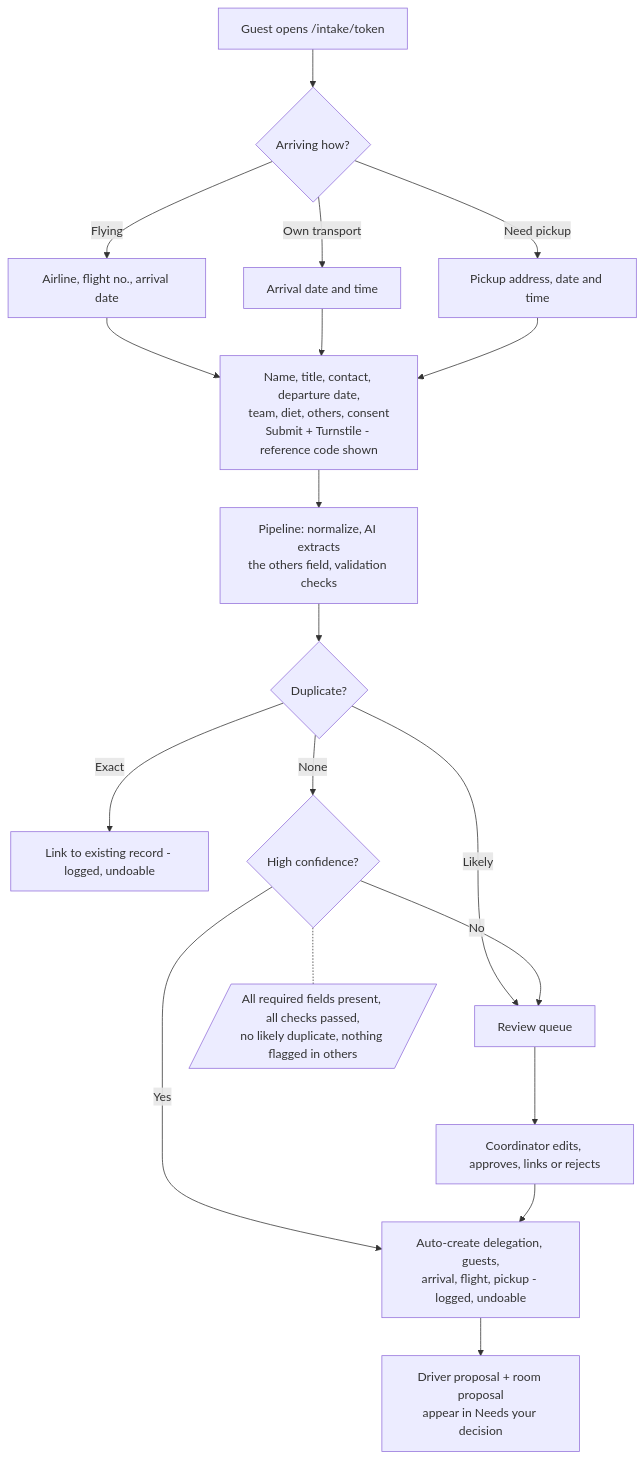
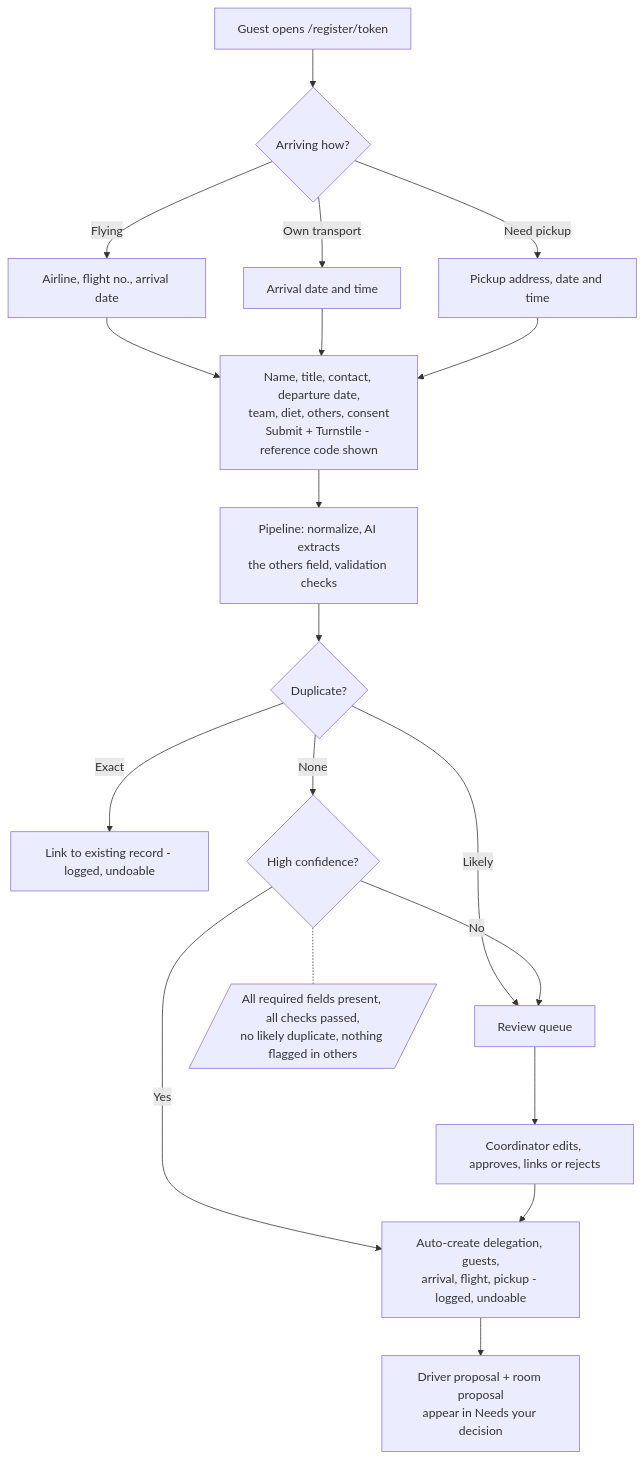
Before and after one commit to tallZacchaeus/hostmark-vip-gcs: the second of 11 diagrams in docs/03-App-Flow.md, drawn with Mermaid. The commit also changed other lines of this file and 147 other files, not shown here.

````diff
--- a/docs/03-App-Flow.md
+++ b/docs/03-App-Flow.md
@@ -111,19 +100,19 @@
 ```mermaid
 flowchart TD
-  A[Guest opens /intake/token] --> B{Arriving how?}
+  A[Guest opens /register/token] --> B{Arriving how?}
   B -->|Flying| B1[Airline, flight no., arrival date]
   B -->|Own transport| B2[Arrival date and time]
   B -->|Need pickup| B3[Pickup address, date and time]
   B1 & B2 & B3 --> C[Name, title, contact, departure date,<br/>team, diet, others, consent<br/>Submit + Turnstile - reference code shown]
   C --> P[Pipeline: normalize, AI extracts<br/>the others field, validation checks]
   P --> I{Duplicate?}
   I -->|Exact| J[Link to existing record - logged, undoable]
   I -->|Likely| R[Review queue]
   I -->|None| K{High confidence?}
   K -.- KN[/All required fields present, all checks passed,<br/>no likely duplicate, nothing flagged in others/]
   K -->|Yes| M[Auto-create delegation, guests,<br/>arrival, flight, pickup - logged, undoable]
   K -->|No| R
   M --> N[Driver proposal + room proposal<br/>appear in Needs your decision]
   R --> O[Coordinator edits, approves, links or rejects]
   O --> M
 ```
````
